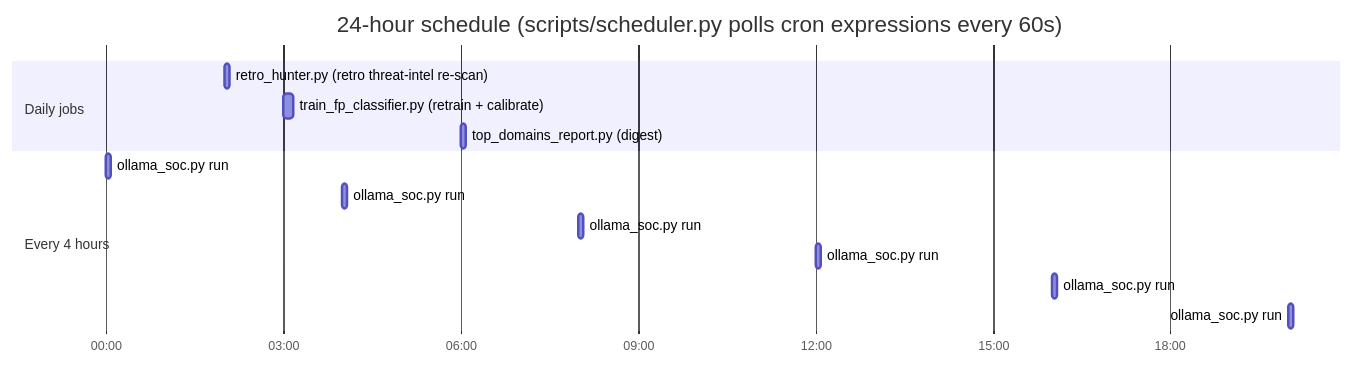
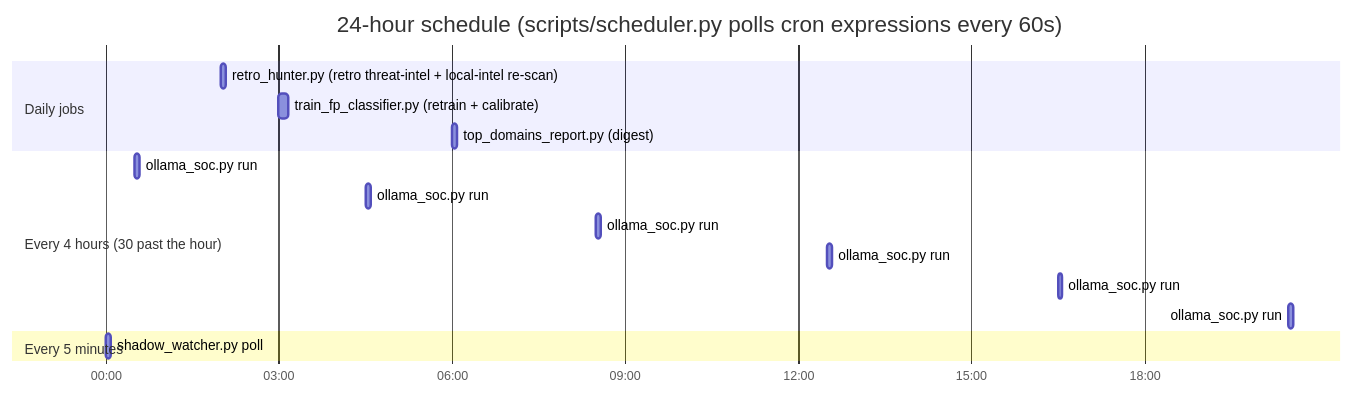
The fifth of 6 diagrams in Documentation/USER_MANUAL.md (gsaket-sky/home-ids), drawn with Mermaid before and after one commit. The commit also changed other lines of this file and 7 other files, not shown here.

````diff
--- a/Documentation/USER_MANUAL.md
+++ b/Documentation/USER_MANUAL.md
@@ -223,17 +223,19 @@
 ```mermaid
 gantt
     dateFormat  HH:mm
     axisFormat  %H:%M
     title 24-hour schedule (scripts/scheduler.py polls cron expressions every 60s)
     section Daily jobs
-    retro_hunter.py (retro threat-intel re-scan)      :02:00, 5m
+    retro_hunter.py (retro threat-intel + local-intel re-scan) :02:00, 5m
     train_fp_classifier.py (retrain + calibrate)      :03:00, 10m
     top_domains_report.py (digest)                    :06:00, 5m
-    section Every 4 hours
-    ollama_soc.py run                                 :00:00, 5m
-    ollama_soc.py run                                 :04:00, 5m
-    ollama_soc.py run                                 :08:00, 5m
-    ollama_soc.py run                                 :12:00, 5m
-    ollama_soc.py run                                 :16:00, 5m
-    ollama_soc.py run                                 :20:00, 5m
+    section Every 4 hours (30 past the hour)
+    ollama_soc.py run                                 :00:30, 5m
+    ollama_soc.py run                                 :04:30, 5m
+    ollama_soc.py run                                 :08:30, 5m
+    ollama_soc.py run                                 :12:30, 5m
+    ollama_soc.py run                                 :16:30, 5m
+    ollama_soc.py run                                 :20:30, 5m
+    section Every 5 minutes
+    shadow_watcher.py poll                            :00:00, 5m
 ```
````
